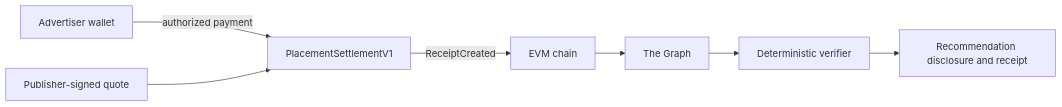
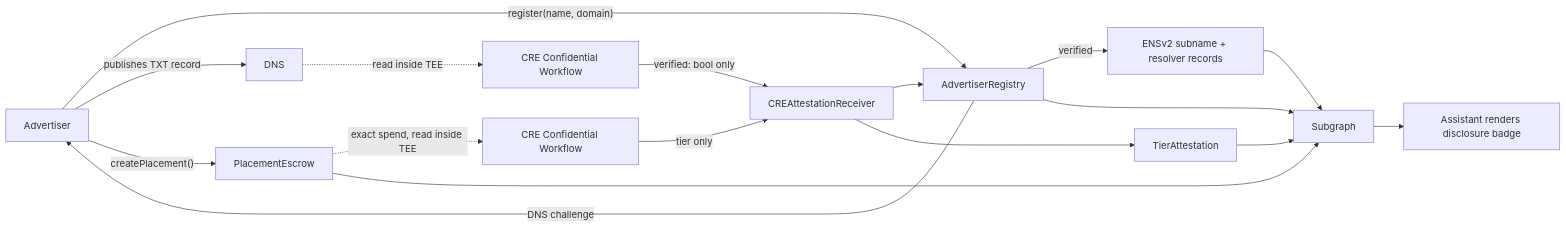
Before and after one commit to Anand-0037/adreceipt: the diagram in README.md, drawn with Mermaid. The commit also changed other lines of this file, not shown here.

````diff
--- a/README.md
+++ b/README.md
@@ -24,9 +32,16 @@
 ```mermaid
 flowchart LR
-    A["Advertiser wallet"] -->|"authorized payment"| S["PlacementSettlementV1"]
-    P["Publisher-signed quote"] --> S
-    S -->|"ReceiptCreated"| C["EVM chain"]
-    C --> G["The Graph"]
-    G --> V["Deterministic verifier"]
-    V --> U["Recommendation disclosure and receipt"]
+    A["Advertiser"] -->|"register(name, domain)"| R["AdvertiserRegistry"]
+    R -->|"DNS challenge"| A
+    A -->|"publishes TXT record"| D["DNS"]
+    D -.->|"read inside TEE"| W["CRE Confidential Workflow"]
+    W -->|"verified: bool only"| X["CREAttestationReceiver"]
+    X --> R
+    R -->|"verified"| N["ENSv2 subname + resolver records"]
+    A -->|"createPlacement()"| E["PlacementEscrow"]
+    E -.->|"exact spend, read inside TEE"| W2["CRE Confidential Workflow"]
+    W2 -->|"tier only"| X
+    X --> T["TierAttestation"]
+    R & E & T & N --> G["Subgraph"]
+    G --> U["Assistant renders disclosure badge"]
 ```
````
